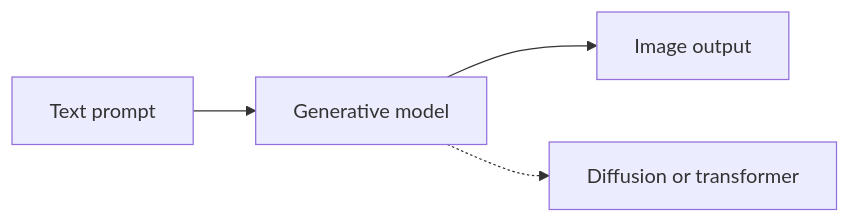
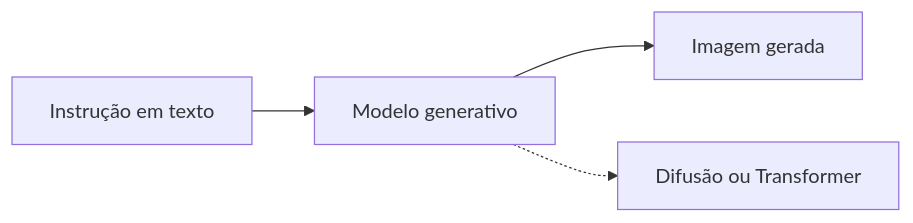
The second of 2 diagrams in _posts/2026-09-10-the-history-of-artificial-intelligence.md (marcos-data-engineer/blog), drawn with Mermaid before and after one commit. The commit also changed other lines of this file and 22 other files, not shown here.

````diff
--- a/_posts/2026-09-10-the-history-of-artificial-intelligence.md
+++ b/_posts/2026-09-10-the-history-of-artificial-intelligence.md
@@ -757,6 +758,6 @@
 ```mermaid
 flowchart LR
-    A[Text prompt] --> B[Generative model]
-    B --> C[Image output]
-    B -.-> D[Diffusion or transformer]
+    A[Instrução em texto] --> B[Modelo generativo]
+    B --> C[Imagem gerada]
+    B -.-> D[Difusão ou Transformer]
 ```
````
